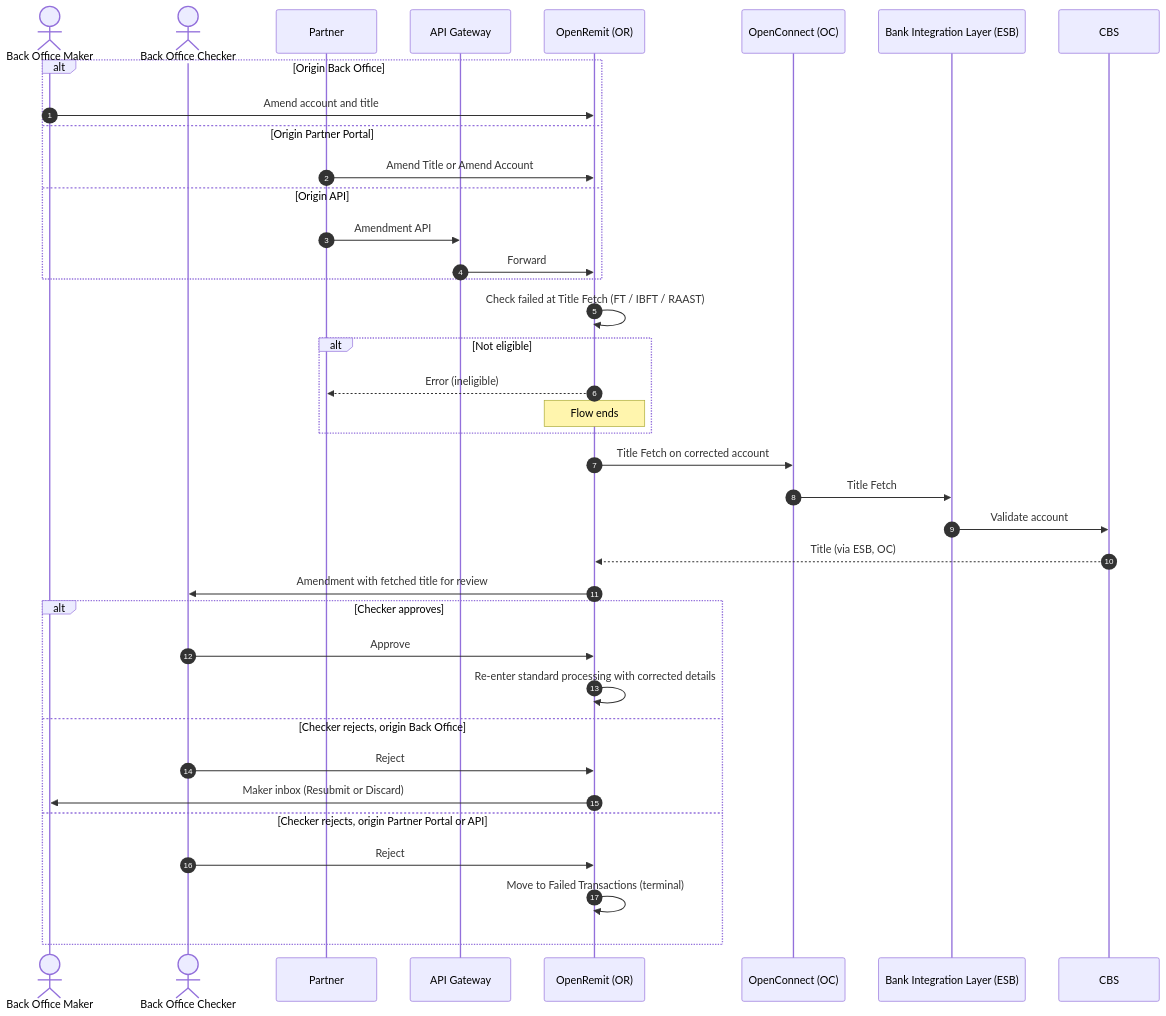
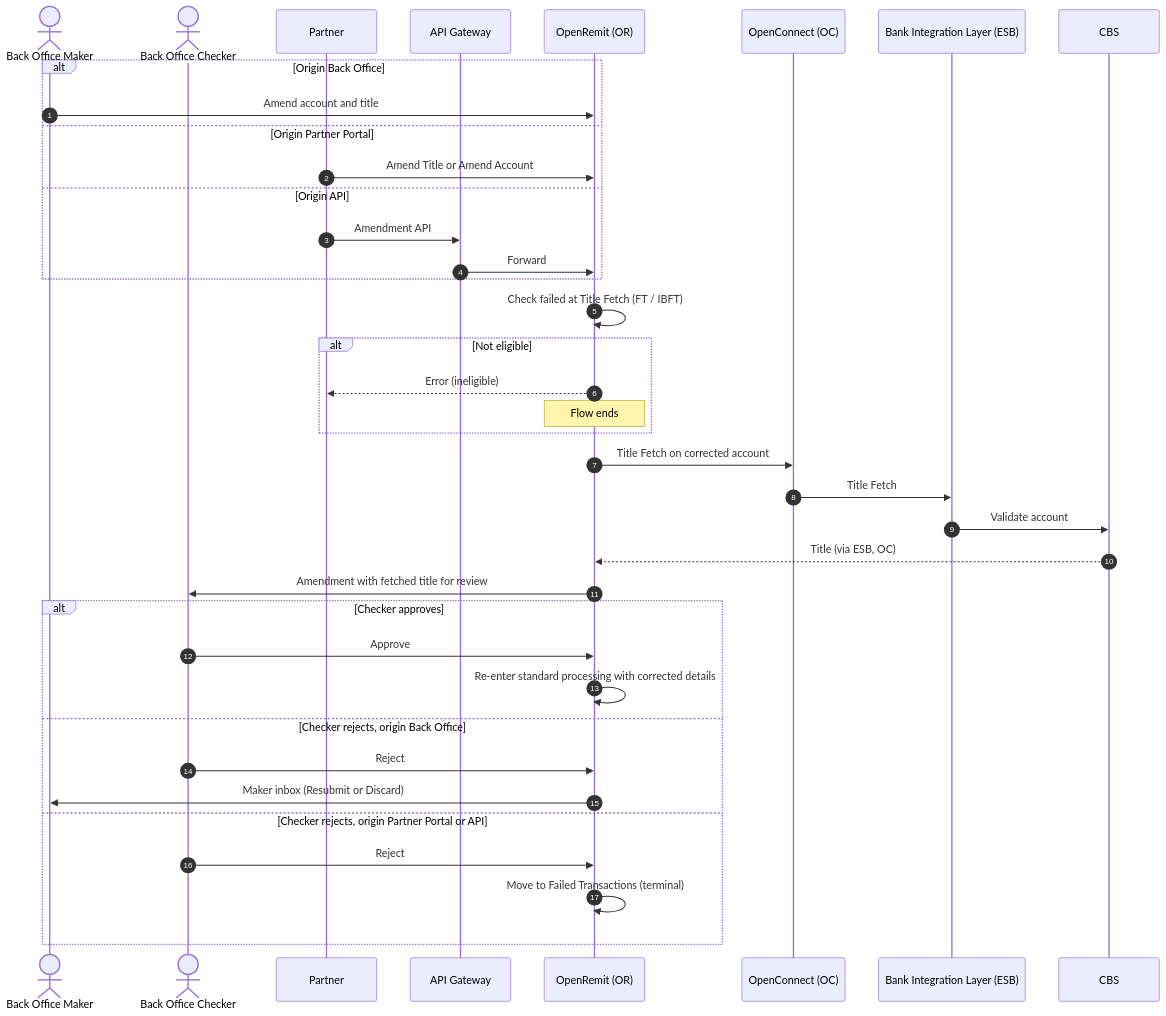
The diagram in docs/features/non-financial/account-credit-amendment.md (paysyslab/OpenRemit), drawn with Mermaid before and after one commit. The commit also changed other lines of this file and 38 other files, not shown here.

````diff
--- a/docs/features/non-financial/account-credit-amendment.md
+++ b/docs/features/non-financial/account-credit-amendment.md
@@ -54,41 +54,41 @@
 ```mermaid
 sequenceDiagram
     autonumber
     actor BOM as Back Office Maker
     actor BOC as Back Office Checker
     participant P as Partner
     participant GW as API Gateway
     participant OR as OpenRemit (OR)
     participant OC as OpenConnect (OC)
     participant ESB as Bank Integration Layer (ESB)
     participant CBS
 
     alt Origin Back Office
         BOM->>OR: Amend account and title
     else Origin Partner Portal
         P->>OR: Amend Title or Amend Account
     else Origin API
         P->>GW: Amendment API
         GW->>OR: Forward
     end
-    OR->>OR: Check failed at Title Fetch (FT / IBFT / RAAST)
+    OR->>OR: Check failed at Title Fetch (FT / IBFT)
     alt Not eligible
         OR-->>P: Error (ineligible)
         Note over OR: Flow ends
     end
     OR->>OC: Title Fetch on corrected account
     OC->>ESB: Title Fetch
     ESB->>CBS: Validate account
     CBS-->>OR: Title (via ESB, OC)
     OR->>BOC: Amendment with fetched title for review
     alt Checker approves
         BOC->>OR: Approve
         OR->>OR: Re-enter standard processing with corrected details
     else Checker rejects, origin Back Office
         BOC->>OR: Reject
         OR->>BOM: Maker inbox (Resubmit or Discard)
     else Checker rejects, origin Partner Portal or API
         BOC->>OR: Reject
         OR->>OR: Move to Failed Transactions (terminal)
     end
 ```
````
